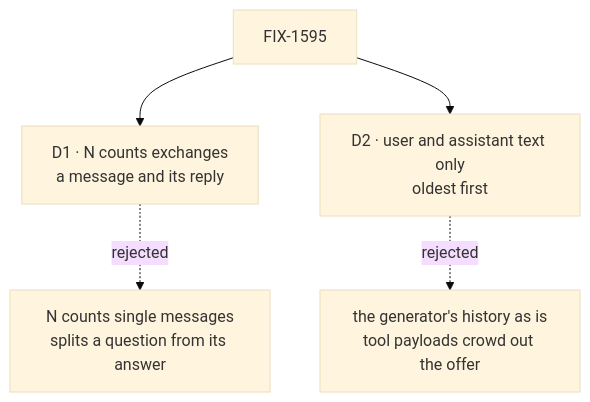
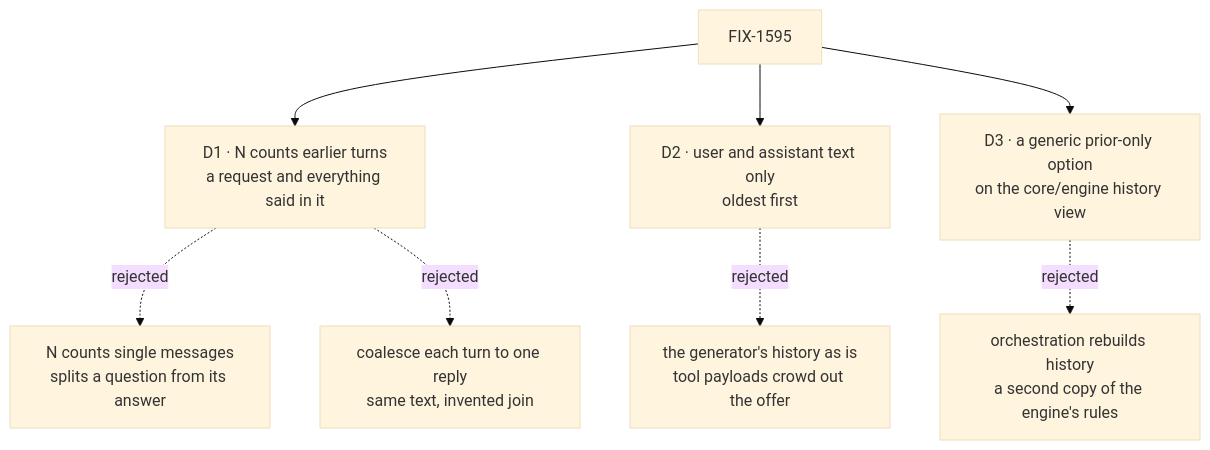
One commit to fixpoint-labs/flow-state-dev changed the diagram in specs/issues/FIX-1595/DECISIONS.md. Above: the diagram before and after it, drawn with Mermaid (base theme). The commit also changed other lines of this file and 5 other files, not shown here.

First line of the commit message:
spec(FIX-1595): review round 1 — prior-only history option, turns not exchanges, keep catalog re-read

````diff
--- a/specs/issues/FIX-1595/DECISIONS.md
+++ b/specs/issues/FIX-1595/DECISIONS.md
@@ -11,7 +11,10 @@
 ```mermaid
 flowchart TD
-  I["FIX-1595"] --> D1["D1 · N counts exchanges<br/>a message and its reply"]
+  I["FIX-1595"] --> D1["D1 · N counts earlier turns<br/>a request and everything said in it"]
   D1 -.->|"rejected"| X1["N counts single messages<br/>splits a question from its answer"]
+  D1 -.->|"rejected"| X1b["coalesce each turn to one reply<br/>same text, invented join"]
   I --> D2["D2 · user and assistant text only<br/>oldest first"]
   D2 -.->|"rejected"| X2["the generator's history as is<br/>tool payloads crowd out the offer"]
+  I --> D3["D3 · a generic prior-only option<br/>on the core/engine history view"]
+  D3 -.->|"rejected"| X3["orchestration rebuilds history<br/>a second copy of the engine's rules"]
 ```
````
